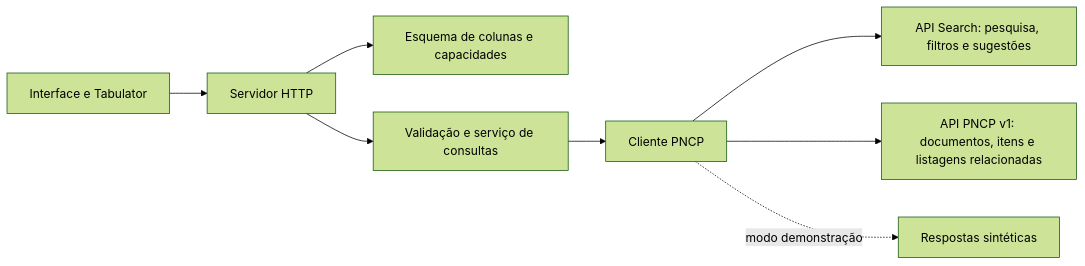
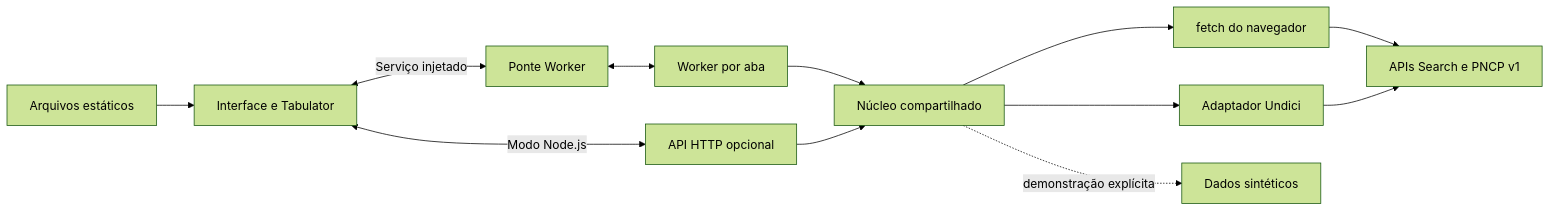
One commit to victorgmbraga/compras-web changed the diagram in docs/arquitetura.md. Above: the diagram before and after it, drawn with Mermaid (forest theme). The commit also changed other lines of this file and 50 other files, not shown here.

Commit message:
feat: run PNCP application in browser with static build and Worker

````diff
--- a/docs/arquitetura.md
+++ b/docs/arquitetura.md
@@ -5,10 +5,14 @@
 ```mermaid
 flowchart LR
-    UI[Interface e Tabulator] --> HTTP[Servidor HTTP]
-    HTTP --> Schema[Esquema de colunas e capacidades]
-    HTTP --> Query[Validação e serviço de consultas]
-    Query --> Client[Cliente PNCP]
-    Client --> Search[API Search: pesquisa, filtros e sugestões]
-    Client --> Items[API PNCP v1: documentos, itens e listagens relacionadas]
-    Client -. modo demonstração .-> Demo[Respostas sintéticas]
+    Static[Arquivos estáticos] --> UI[Interface e Tabulator]
+    UI <-->|Serviço injetado| RPC[Ponte Worker]
+    RPC <--> Worker[Worker por aba]
+    UI <-->|Modo Node.js| HTTP[API HTTP opcional]
+    Worker --> Core[Núcleo compartilhado]
+    HTTP --> Core
+    Core --> Native[fetch do navegador]
+    Core --> Undici[Adaptador Undici]
+    Native --> PNCP[APIs Search e PNCP v1]
+    Undici --> PNCP
+    Core -. demonstração explícita .-> Demo[Dados sintéticos]
 ```
````
